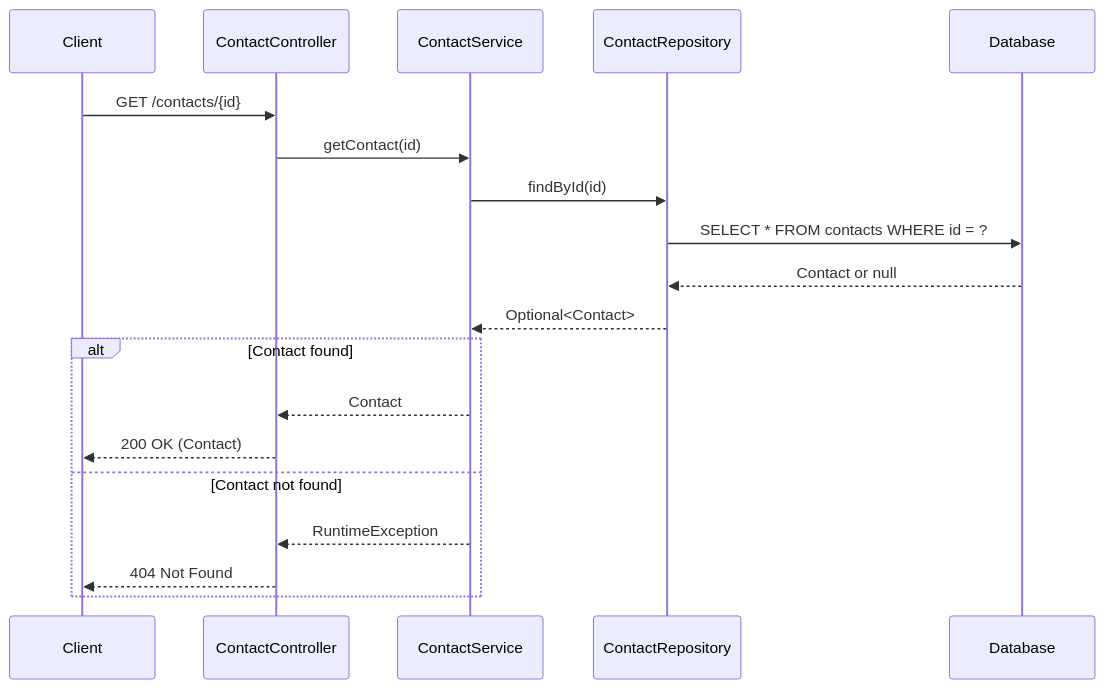
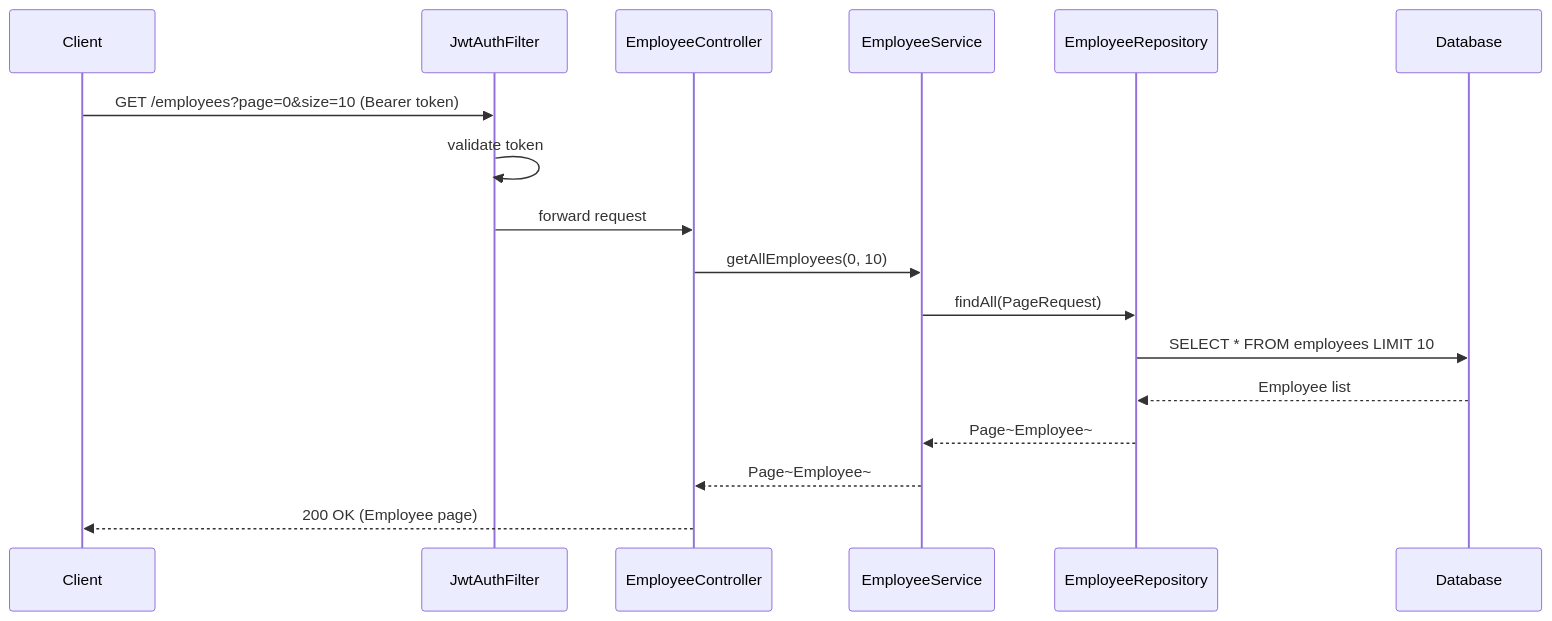
The third of 4 diagrams in employeeapi/docs/diagrams/sequence-diagram.md (dreeemchaser/ContactApp), drawn with Mermaid before and after one commit. The commit also changed other lines of this file and 18 other files, not shown here.

Commit message:
docs: update all documentation and config to reflect contactAPI → EmployeeHub migration

````diff
--- a/employeeapi/docs/diagrams/sequence-diagram.md
+++ b/employeeapi/docs/diagrams/sequence-diagram.md
@@ -45,22 +48,20 @@
 ```mermaid
 sequenceDiagram
     participant Client
-    participant ContactController
-    participant ContactService
-    participant ContactRepository
+    participant JwtAuthFilter
+    participant EmployeeController
+    participant EmployeeService
+    participant EmployeeRepository
     participant Database
 
-    Client->>ContactController: GET /contacts/{id}
-    ContactController->>ContactService: getContact(id)
-    ContactService->>ContactRepository: findById(id)
-    ContactRepository->>Database: SELECT * FROM contacts WHERE id = ?
-    Database-->>ContactRepository: Contact or null
-    ContactRepository-->>ContactService: Optional<Contact>
-    alt Contact found
-        ContactService-->>ContactController: Contact
-        ContactController-->>Client: 200 OK (Contact)
-    else Contact not found
-        ContactService-->>ContactController: RuntimeException
-        ContactController-->>Client: 404 Not Found
-    end
+    Client->>JwtAuthFilter: GET /employees?page=0&size=10 (Bearer token)
+    JwtAuthFilter->>JwtAuthFilter: validate token
+    JwtAuthFilter->>EmployeeController: forward request
+    EmployeeController->>EmployeeService: getAllEmployees(0, 10)
+    EmployeeService->>EmployeeRepository: findAll(PageRequest)
+    EmployeeRepository->>Database: SELECT * FROM employees LIMIT 10
+    Database-->>EmployeeRepository: Employee list
+    EmployeeRepository-->>EmployeeService: Page~Employee~
+    EmployeeService-->>EmployeeController: Page~Employee~
+    EmployeeController-->>Client: 200 OK (Employee page)
 ```
````
